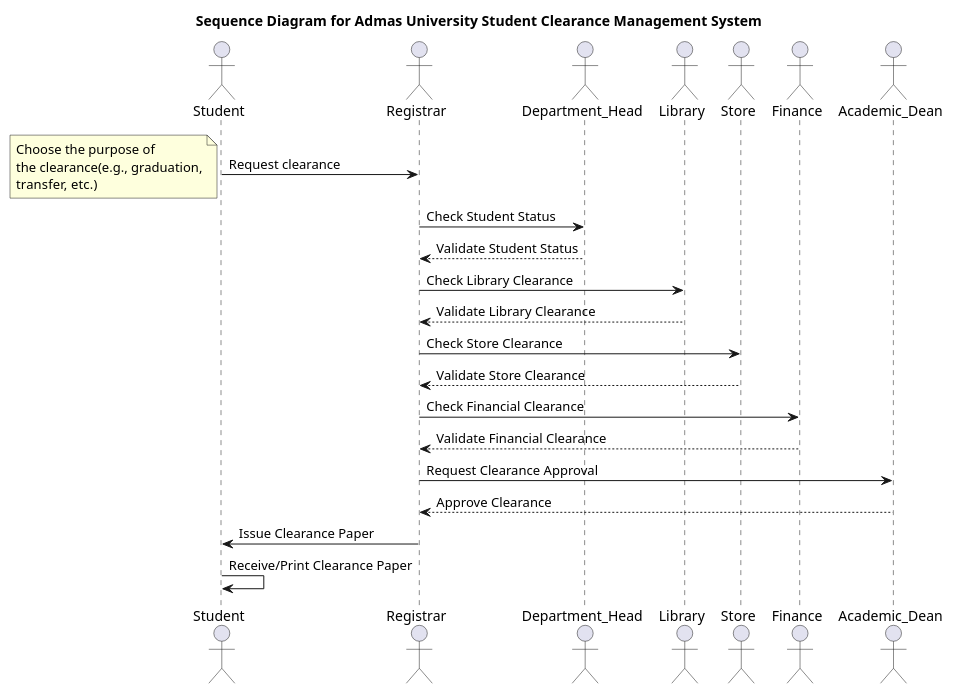
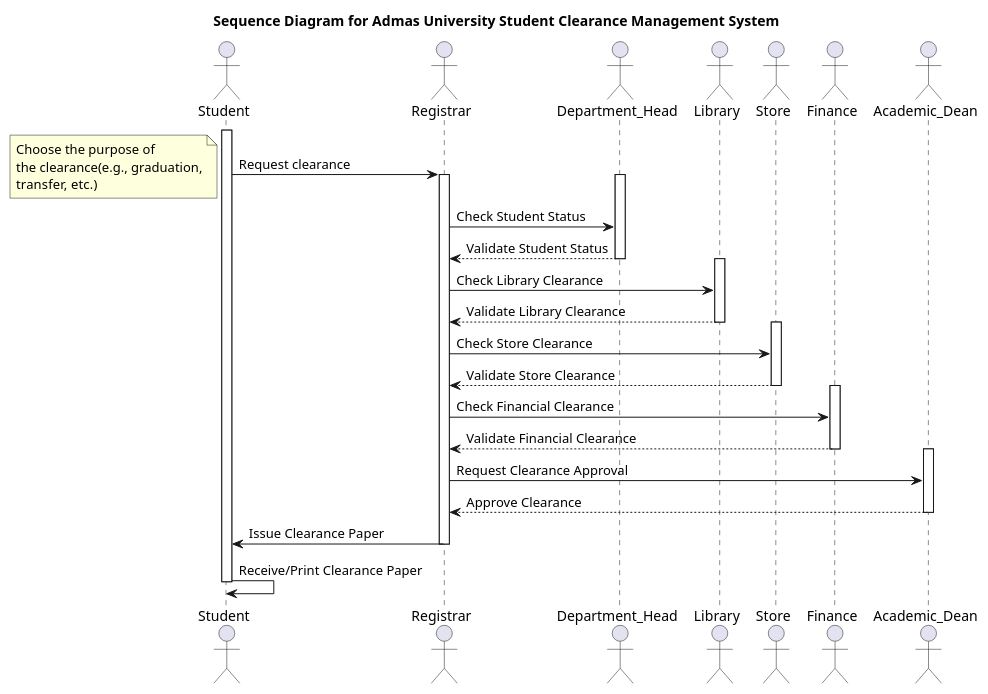
One commit to Betty-edit/AU-Student-Clearance-Management-System changed the diagram in Sed-diag.puml. Above: the diagram before and after it, drawn with PlantUML.

Commit message:
Added validation steps for library, store, finance, and academic dean approvals

```diff
--- a/Sed-diag.puml
+++ b/Sed-diag.puml
@@ -1,38 +1,51 @@
 @startuml seq_diagram
 
 /'Title of the diagram'/
 title Sequence Diagram for Admas University Student Clearance Management System
 
 /'Participants Of the System'/
 actor Student as Student
 actor Registrar as Registrar
 actor Department_Head as Department_Head
 actor Library as Library
 actor Store as Store
 actor Finance as Finance
 actor Academic_Dean as Academic_Dean
 
 /'Sequence of events'/
+activate Student
 Student -> Registrar: Request clearance
 note left
 Choose the purpose of 
 the clearance(e.g., graduation,
 transfer, etc.)
 end note
+activate Registrar
+activate Department_Head
 Registrar -> Department_Head: Check Student Status
 Department_Head --> Registrar: Validate Student Status 
+deactivate Department_Head
+activate Library
 Registrar -> Library: Check Library Clearance
 Library --> Registrar: Validate Library Clearance
+deactivate Library
+activate Store
 Registrar -> Store: Check Store Clearance
 Store --> Registrar: Validate Store Clearance
+deactivate Store
+activate Finance
 Registrar -> Finance: Check Financial Clearance
 Finance --> Registrar: Validate Financial Clearance
+deactivate Finance
+activate Academic_Dean
 Registrar -> Academic_Dean: Request Clearance Approval
 Academic_Dean --> Registrar: Approve Clearance
+deactivate Academic_Dean
 Registrar -> Student: Issue Clearance Paper
+deactivate Registrar
 Student -> Student: Receive/Print Clearance Paper
 
-
+deactivate Student
 
 
 @enduml
```
